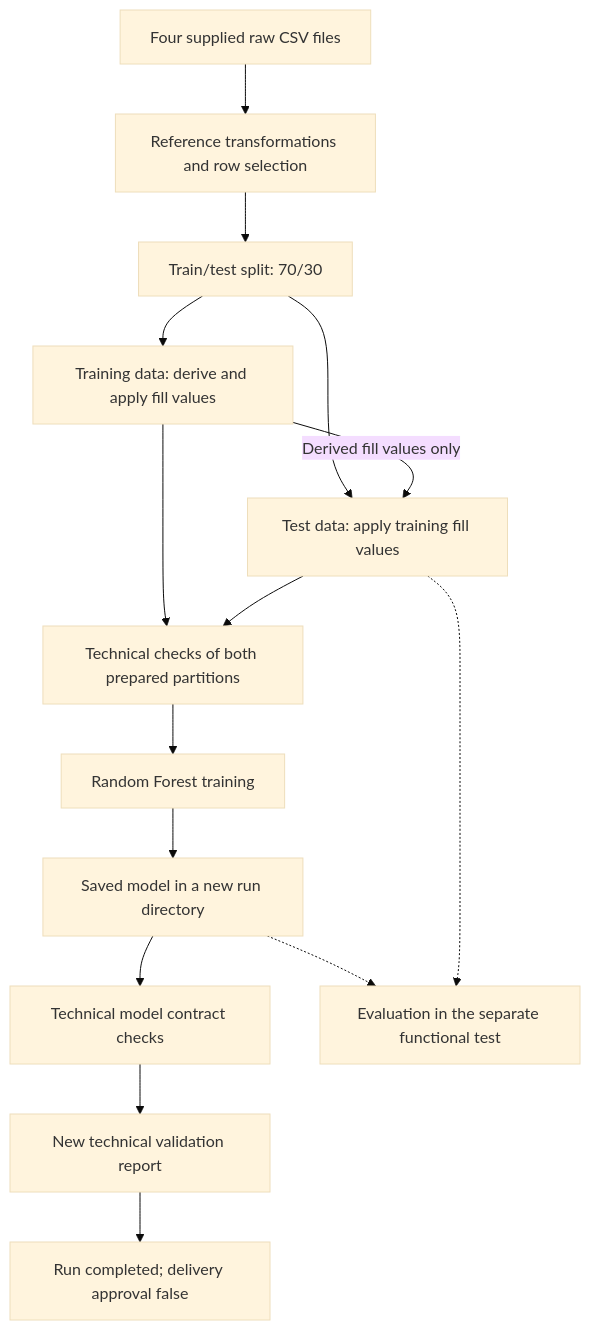
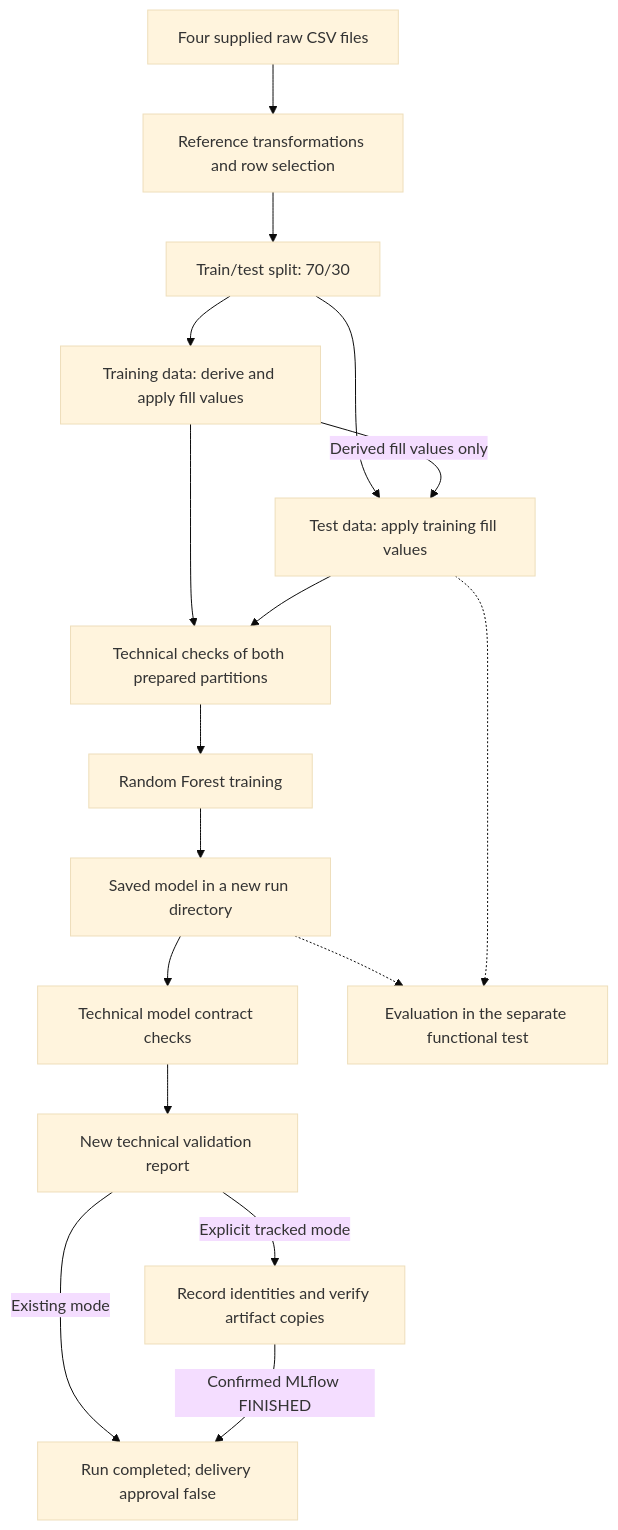
One commit to SiR1979/Template_MLOps_accidents changed the first of 5 diagrams in docs/architecture.md. Above: the diagram before and after it, drawn with Mermaid (base theme). The commit also changed other lines of this file and 6 other files, not shown here.

````diff
--- a/docs/architecture.md
+++ b/docs/architecture.md
@@ -29,17 +29,19 @@
 ```mermaid
 flowchart TD
     RAW["Four supplied raw CSV files"] --> PRE["Reference transformations and row selection"]
     PRE --> SPLIT["Train/test split: 70/30"]
     SPLIT --> TRAIN["Training data: derive and apply fill values"]
     SPLIT --> TEST["Test data: apply training fill values"]
     TRAIN -->|"Derived fill values only"| TEST
     TRAIN --> DATA_CHECK["Technical checks of both prepared partitions"]
     TEST --> DATA_CHECK
     DATA_CHECK --> FIT["Random Forest training"]
     FIT --> MODEL["Saved model in a new run directory"]
     MODEL --> MODEL_CHECK["Technical model contract checks"]
     MODEL_CHECK --> REPORT["New technical validation report"]
-    REPORT --> DONE["Run completed; delivery approval false"]
+    REPORT -->|"Existing mode"| DONE["Run completed; delivery approval false"]
+    REPORT -->|"Explicit tracked mode"| RECORD["Record identities and verify artifact copies"]
+    RECORD -->|"Confirmed MLflow FINISHED"| DONE
     MODEL -.-> EVAL["Evaluation in the separate functional test"]
     TEST -.-> EVAL
 ```
````
